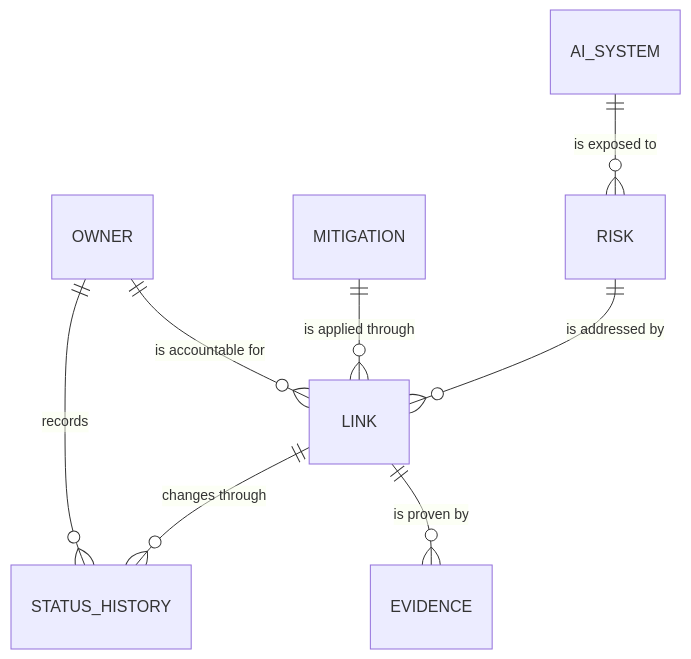
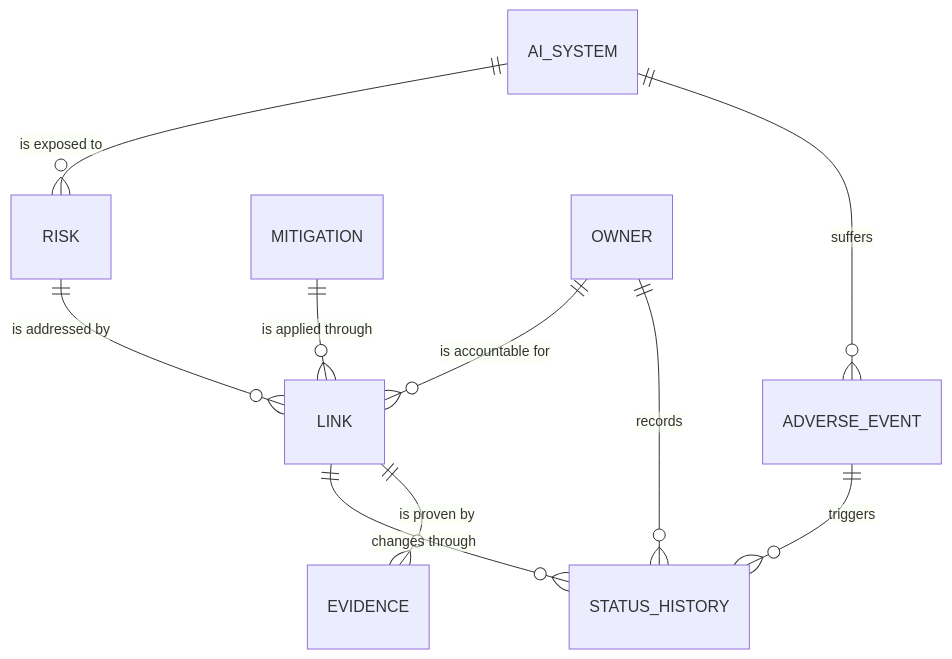
The diagram in README.md (rpgouveia/framework-RME), drawn with Mermaid before and after one commit. The commit also changed other lines of this file and 46 other files, not shown here.

Commit message:
feat: add adverse events and update mitigation, link and status history schema

````diff
--- a/README.md
+++ b/README.md
@@ -12,10 +12,12 @@
 ```mermaid
 erDiagram
-    AI_SYSTEM   ||--o{ RISK           : "is exposed to"
-    RISK        ||--o{ LINK           : "is addressed by"
-    MITIGATION  ||--o{ LINK           : "is applied through"
-    OWNER       ||--o{ LINK           : "is accountable for"
-    LINK        ||--o{ STATUS_HISTORY : "changes through"
-    LINK        ||--o{ EVIDENCE       : "is proven by"
-    OWNER       ||--o{ STATUS_HISTORY : "records"
+    AI_SYSTEM     ||--o{ RISK           : "is exposed to"
+    AI_SYSTEM     ||--o{ ADVERSE_EVENT  : "suffers"
+    RISK          ||--o{ LINK           : "is addressed by"
+    MITIGATION    ||--o{ LINK           : "is applied through"
+    OWNER         ||--o{ LINK           : "is accountable for"
+    LINK          ||--o{ STATUS_HISTORY : "changes through"
+    LINK          ||--o{ EVIDENCE       : "is proven by"
+    OWNER         ||--o{ STATUS_HISTORY : "records"
+    ADVERSE_EVENT ||--o{ STATUS_HISTORY : "triggers"
 ```
````
